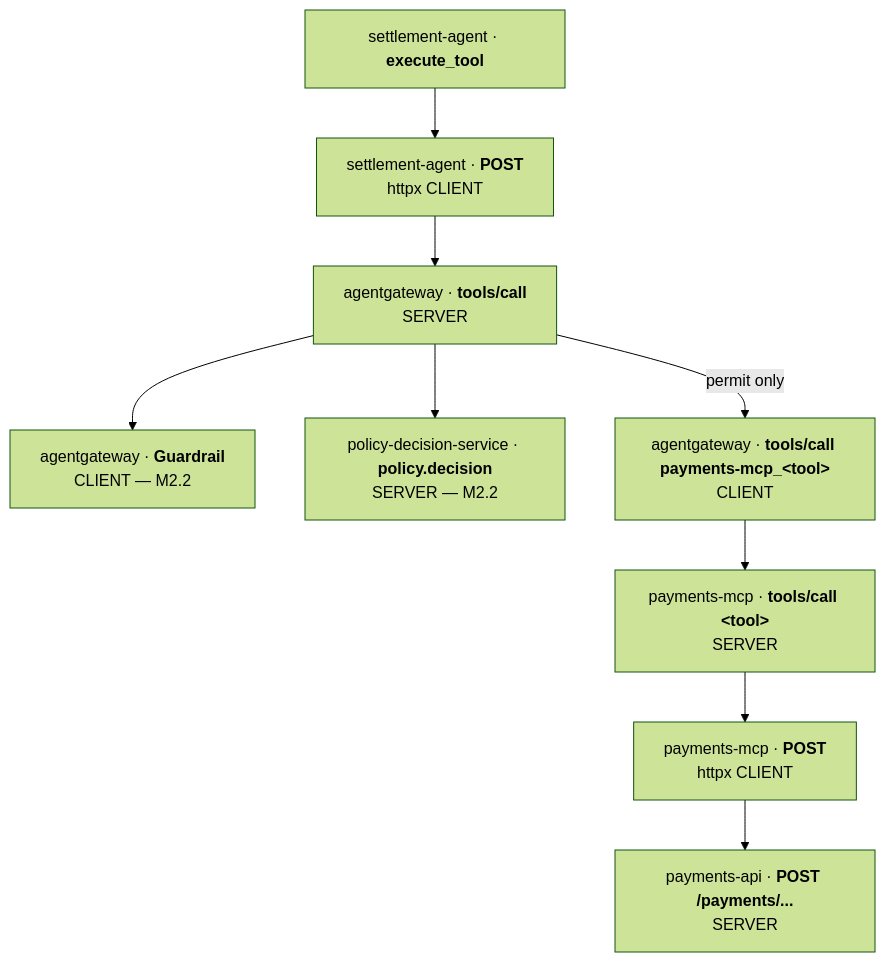
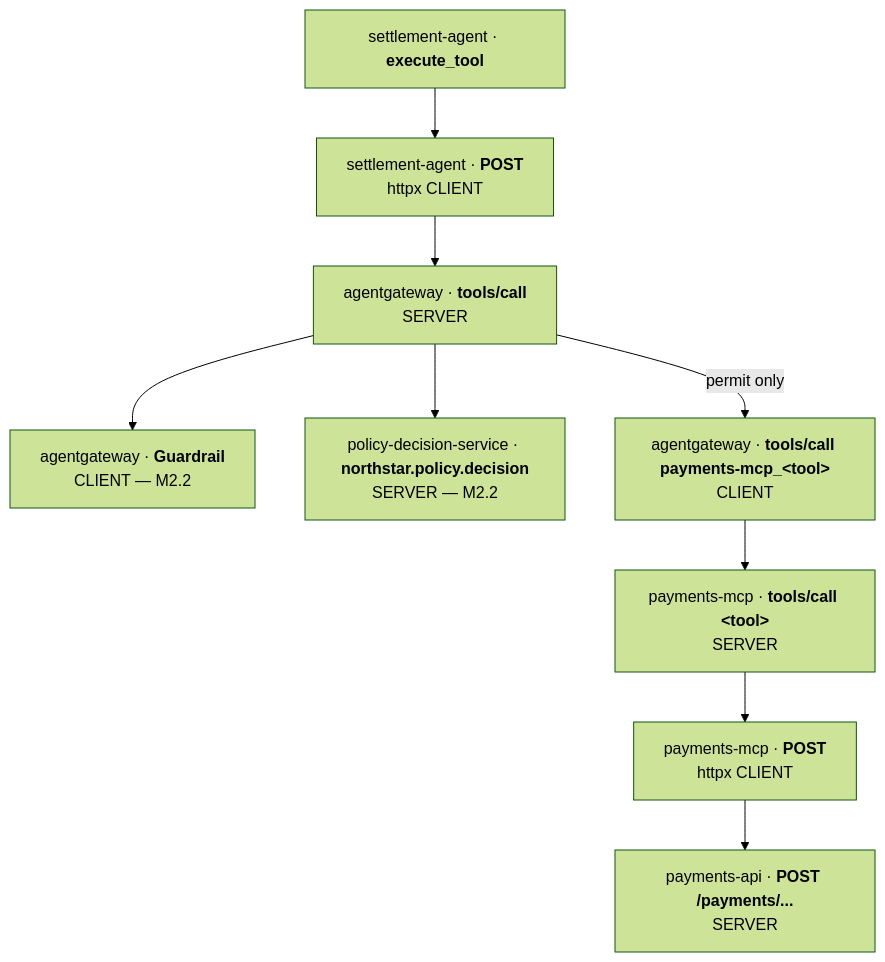
One commit to kaspernissen/aip-demo changed the fourth of 4 diagrams in docs/architecture.md. Above: the diagram before and after it, drawn with Mermaid (forest theme). The commit also changed other lines of this file and 43 other files, not shown here.

Commit message:
feat(m9): the demo reads Jaeger, not OpenSearch; docs and deck use the registry names, a published-schema slide, live-check limits documented

```diff
--- a/docs/architecture.md
+++ b/docs/architecture.md
@@ -920,26 +921,26 @@
 <pre class="mermaid">
 flowchart TD
     s1["`settlement-agent · **execute_tool**`"]
     s2["`settlement-agent · **POST**
       httpx CLIENT`"]
     s3["`agentgateway · **tools/call**
       SERVER`"]
     s4["`agentgateway · **Guardrail**
       CLIENT — M2.2`"]
-    s5["`policy-decision-service · **policy.decision**
+    s5["`policy-decision-service · **northstar.policy.decision**
       SERVER — M2.2`"]
     s6["`agentgateway · **tools/call payments-mcp_#60;tool#62;**
       CLIENT`"]
     s7["`payments-mcp · **tools/call #60;tool#62;**
       SERVER`"]
     s8["`payments-mcp · **POST**
       httpx CLIENT`"]
     s9["`payments-api · **POST /payments/...**
       SERVER`"]
 
     s1 --> s2 --> s3
     s3 --> s4
     s3 --> s5
     s3 -->|"permit only"| s6
     s6 --> s7 --> s8 --> s9
 </pre>
```
